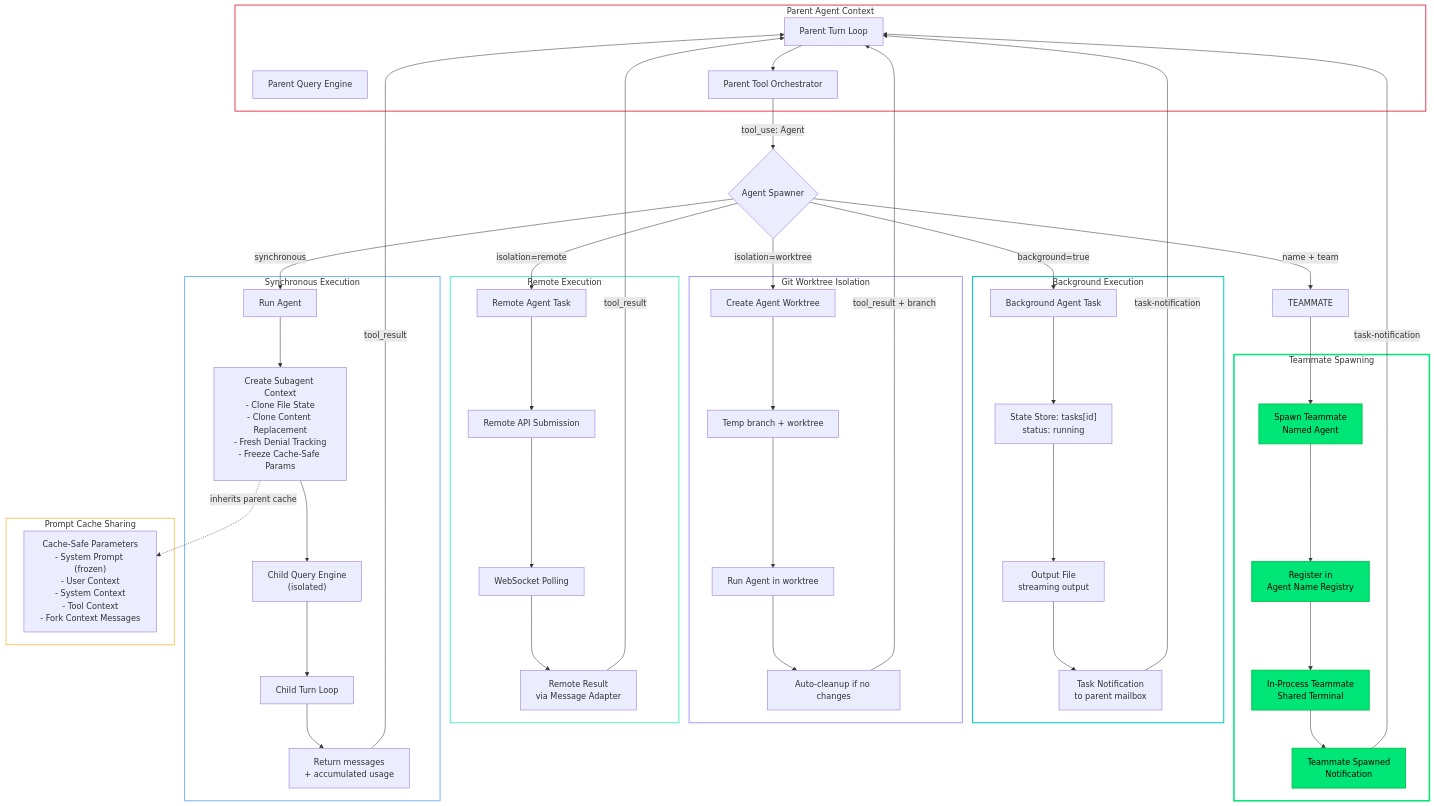
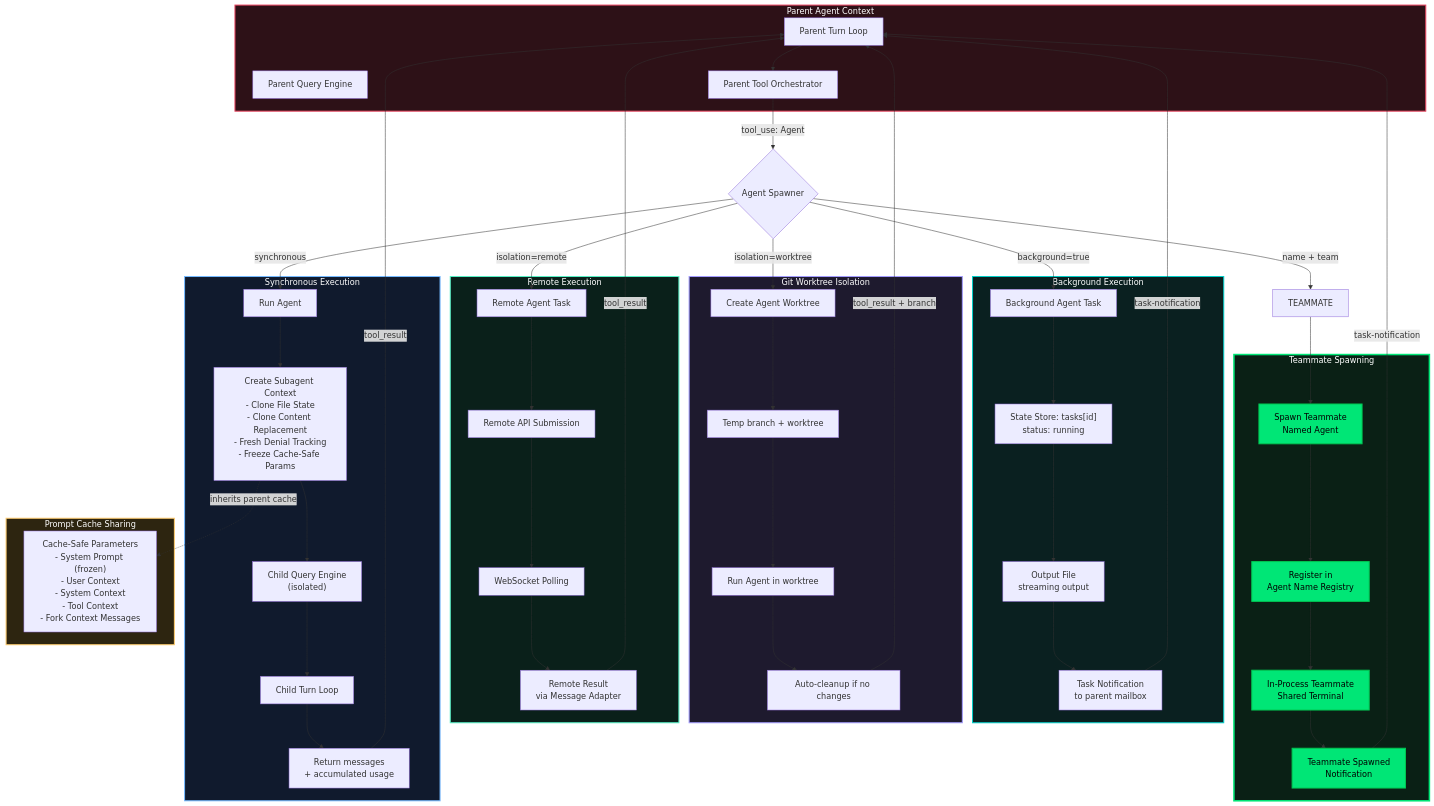
Before and after one commit to PavelValentov/multi-agent-architecture: the third of 14 diagrams in DIAGRAMS.md, drawn with Mermaid. The commit also changed other lines of this file, not shown here.

First line of the commit message:
Add consistent dark fills to all diagram subgraphs

```diff
--- a/DIAGRAMS.md
+++ b/DIAGRAMS.md
@@ -343,13 +345,13 @@
 
     CLONE -.->|"inherits parent cache"| CACHE
 
-    style Parent fill:transparent,stroke:#e94560,stroke-width:2px
-    style SyncPath fill:transparent,stroke:#74b9ff,stroke-width:2px
-    style AsyncPath fill:transparent,stroke:#00cec9,stroke-width:2px
-    style WorktreePath fill:transparent,stroke:#a29bfe,stroke-width:2px
-    style RemotePath fill:transparent,stroke:#55efc4,stroke-width:2px
-    style CacheOptimization fill:transparent,stroke:#fdcb6e,stroke-width:2px
-    style TeammatePath fill:transparent,stroke:#00e676,stroke-width:3px
+    style Parent fill:#2d1117,stroke:#e94560,stroke-width:2px,color:#fff
+    style SyncPath fill:#101a2d,stroke:#74b9ff,stroke-width:2px,color:#fff
+    style AsyncPath fill:#0a2020,stroke:#00cec9,stroke-width:2px,color:#fff
+    style WorktreePath fill:#1e1a2e,stroke:#a29bfe,stroke-width:2px,color:#fff
+    style RemotePath fill:#0a201a,stroke:#55efc4,stroke-width:2px,color:#fff
+    style CacheOptimization fill:#2d2510,stroke:#fdcb6e,stroke-width:2px,color:#fff
+    style TeammatePath fill:#0a2015,stroke:#00e676,stroke-width:3px,color:#fff
     style TEAMMATE_SPAWN fill:#00e676,stroke:#00c853,stroke-width:2px,color:#000
     style TM_REGISTER fill:#00e676,stroke:#00c853,stroke-width:2px,color:#000
     style TM_PROCESS fill:#00e676,stroke:#00c853,stroke-width:2px,color:#000
```
